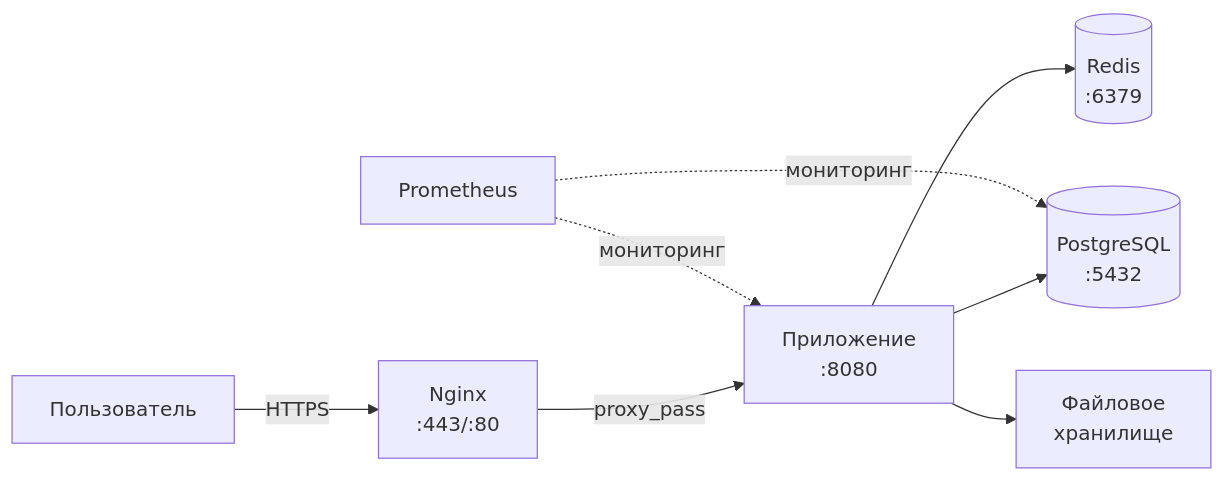
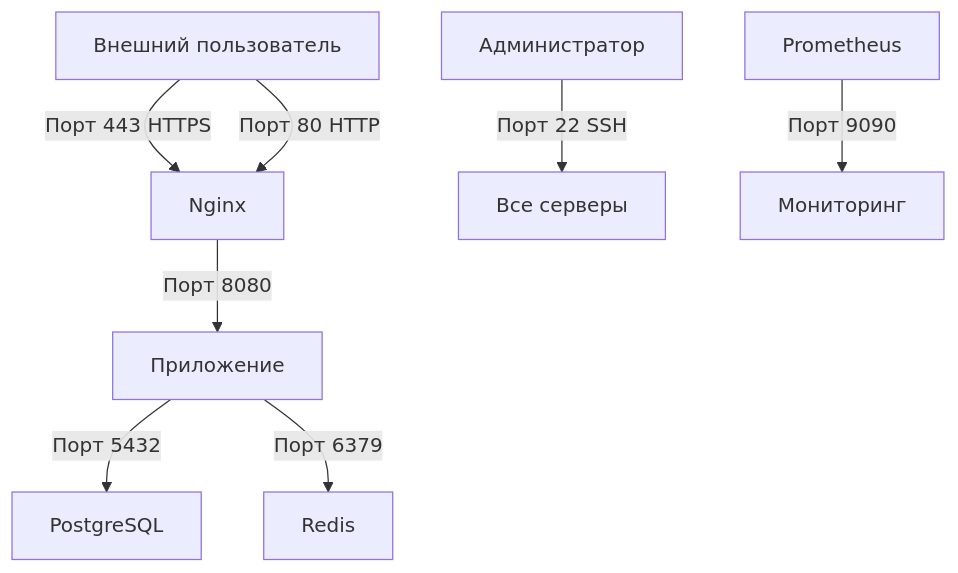
Before and after one commit to Avil1/Administrators_manual: the sixth of 20 diagrams in README.md, drawn with Mermaid. The commit also changed other lines of this file, not shown here.

````diff
--- a/README.md
+++ b/README.md
@@ -770,10 +453,10 @@
 ```mermaid
-graph LR
-    A[Пользователь] -->|HTTPS| B[Nginx<br/>:443/:80]
-    B -->|proxy_pass| C[Приложение<br/>:8080]
-    C --> D[(PostgreSQL<br/>:5432)]
-    C --> E[(Redis<br/>:6379)]
-    C --> F[Файловое<br/>хранилище]
-    G[Prometheus] -.->|мониторинг| C
-    G -.->|мониторинг| D
+graph TD
+    A[Внешний пользователь] -->|Порт 443 HTTPS| B[Nginx]
+    A -->|Порт 80 HTTP| B
+    B -->|Порт 8080| C[Приложение]
+    C -->|Порт 5432| D[PostgreSQL]
+    C -->|Порт 6379| E[Redis]
+    F[Администратор] -->|Порт 22 SSH| G[Все серверы]
+    H[Prometheus] -->|Порт 9090| I[Мониторинг]
 ```
````
